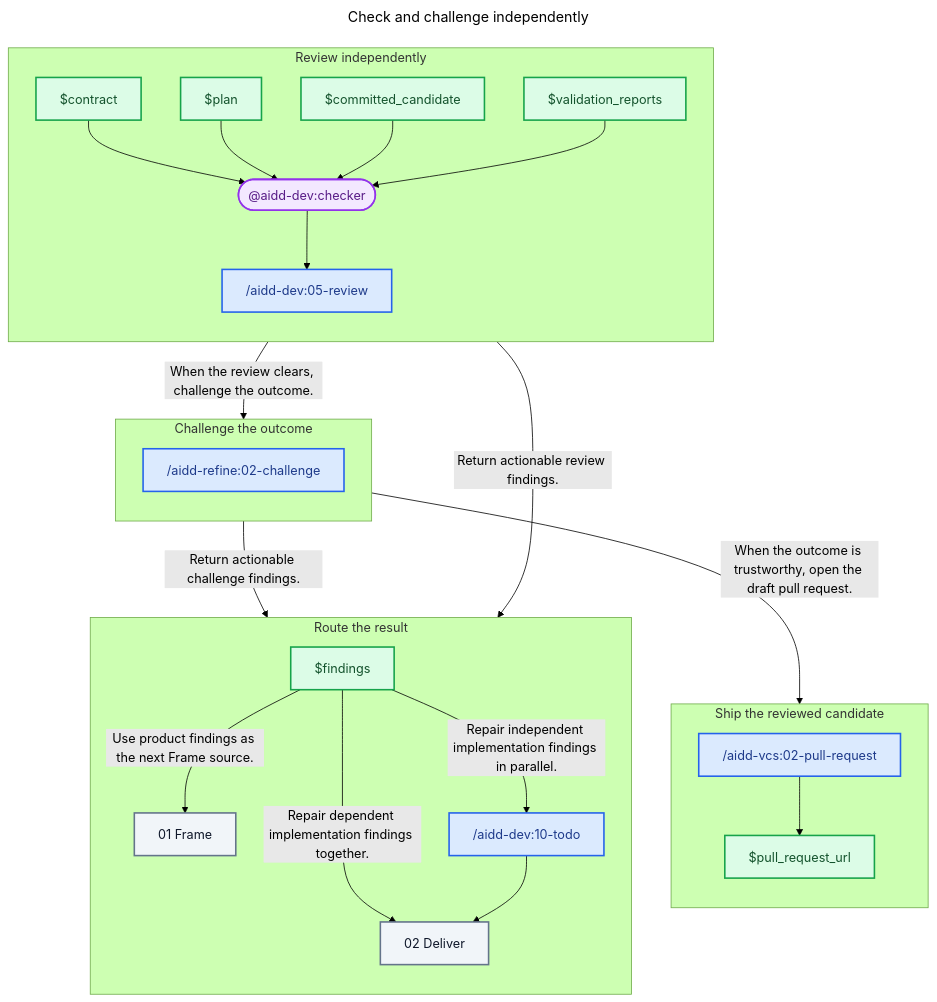
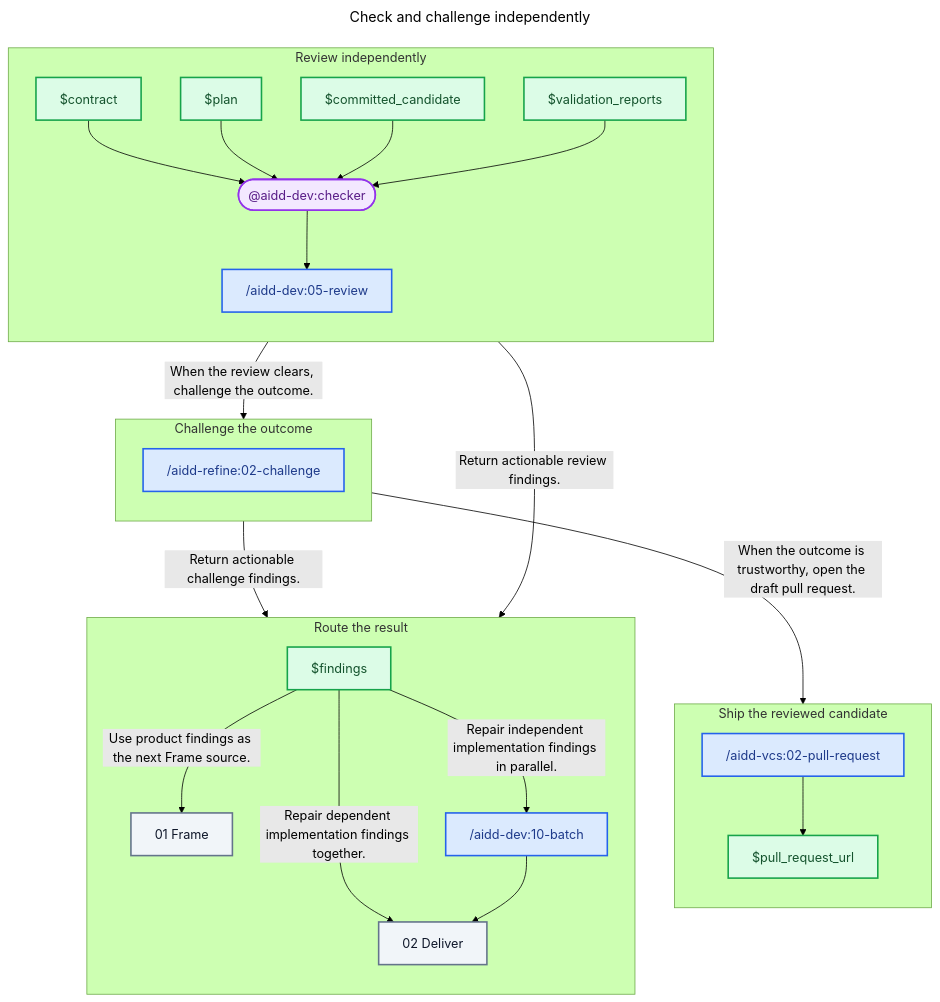
Before and after one commit to ai-driven-dev/framework: the diagram in plugins/aidd-orchestrator/skills/01-sdlc/references/03-check.md, drawn with Mermaid (forest theme). The commit also changed other lines of this file and 12 other files, not shown here.

First line of the commit message:
feat(aidd-dev)!: rename todo to batch and report each agent's outcome

````diff
--- a/plugins/aidd-orchestrator/skills/01-sdlc/references/03-check.md
+++ b/plugins/aidd-orchestrator/skills/01-sdlc/references/03-check.md
@@ -22,59 +22,59 @@
 ```mermaid
 ---
 title: Check and challenge independently
 ---
 flowchart TD
   subgraph ReviewStage["Review independently"]
     direction TB
     Contract["$contract"]
     Plan["$plan"]
     CommittedCandidate["$committed_candidate"]
     ValidationReports["$validation_reports"]
     Checker(["@aidd-dev:checker"])
     Review["/aidd-dev:05-review"]
   end
 
   subgraph ChallengeStage["Challenge the outcome"]
     direction TB
     Challenge["/aidd-refine:02-challenge"]
   end
 
   subgraph RouteStage["Route the result"]
     direction TB
     Findings["$findings"]
     Frame["01 Frame"]
-    Todo["/aidd-dev:10-todo"]
+    Batch["/aidd-dev:10-batch"]
     Deliver["02 Deliver"]
   end
 
   subgraph ShipStage["Ship the reviewed candidate"]
     direction TB
     PullRequest["/aidd-vcs:02-pull-request"]
     PullRequestUrl["$pull_request_url"]
   end
 
   Contract --> Checker
   Plan --> Checker
   CommittedCandidate --> Checker
   ValidationReports --> Checker
   Checker --> Review
   Review -- "Return actionable review findings." --> Findings
   Review -- "When the review clears, challenge the outcome." --> Challenge
   Challenge -- "Return actionable challenge findings." --> Findings
   Challenge -- "When the outcome is trustworthy, open the draft pull request." --> PullRequest
   Findings -- "Use product findings as the next Frame source." --> Frame
-  Findings -- "Repair independent implementation findings in parallel." --> Todo
+  Findings -- "Repair independent implementation findings in parallel." --> Batch
   Findings -- "Repair dependent implementation findings together." --> Deliver
-  Todo --> Deliver
+  Batch --> Deliver
   PullRequest --> PullRequestUrl
 
   classDef skill fill:#DBEAFE,stroke:#2563EB,color:#1E3A8A,stroke-width:2px
   classDef agent fill:#F3E8FF,stroke:#9333EA,color:#581C87,stroke-width:2px
   classDef artifact fill:#DCFCE7,stroke:#16A34A,color:#14532D,stroke-width:2px
   classDef zone fill:#F1F5F9,stroke:#64748B,color:#0F172A,stroke-width:2px
 
-  class Review,Challenge,Todo,PullRequest skill
+  class Review,Challenge,Batch,PullRequest skill
   class Checker agent
   class Contract,Plan,CommittedCandidate,ValidationReports,Findings,PullRequestUrl artifact
   class Frame,Deliver zone
 ```
````
